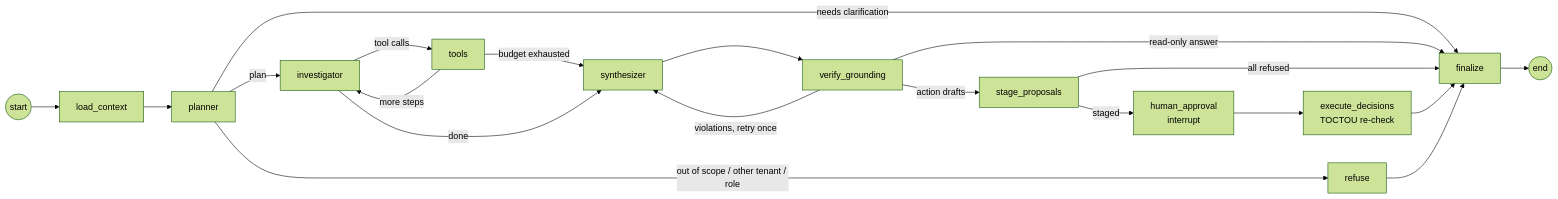
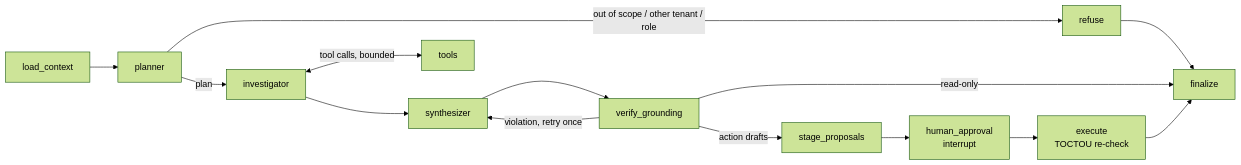
One commit to SouravSharan/agentic-fleet-copilot changed the diagram in README.md. Above: the diagram before and after it, drawn with Mermaid (forest theme). The commit also changed other lines of this file and 3 other files, not shown here.

````diff
--- a/README.md
+++ b/README.md
@@ -136,22 +58,12 @@
 ```mermaid
 flowchart LR
-    START((start)) --> LC[load_context]
-    LC --> PL[planner]
-    PL -->|out of scope / other tenant / role| REF[refuse]
-    PL -->|needs clarification| FIN
+    LC[load_context] --> PL[planner]
+    PL -->|out of scope / other tenant / role| REF[refuse] --> FIN
     PL -->|plan| INV[investigator]
-    INV -->|tool calls| TLS[tools]
-    TLS -->|more steps| INV
-    TLS -->|budget exhausted| SYN
-    INV -->|done| SYN[synthesizer]
+    INV <-->|tool calls, bounded| TLS[tools]
+    INV --> SYN[synthesizer]
     SYN --> VER[verify_grounding]
-    VER -->|violations, retry once| SYN
-    VER -->|action drafts| STG[stage_proposals]
-    VER -->|read-only answer| FIN
-    STG -->|staged| HITL[human_approval<br/>interrupt]
-    STG -->|all refused| FIN
-    HITL --> EXE[execute_decisions<br/>TOCTOU re-check]
-    EXE --> FIN[finalize]
-    REF --> FIN
-    FIN --> END((end))
+    VER -->|violation, retry once| SYN
+    VER -->|read-only| FIN[finalize]
+    VER -->|action drafts| STG[stage_proposals] --> HITL[human_approval<br/>interrupt] --> EXE[execute<br/>TOCTOU re-check] --> FIN
 ```
````
